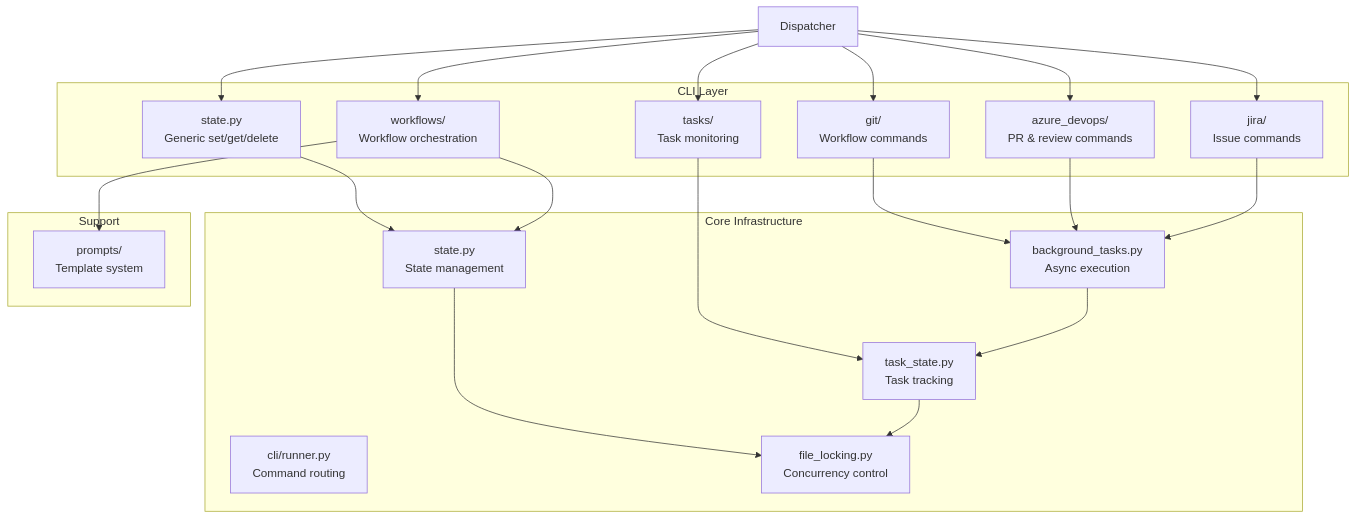
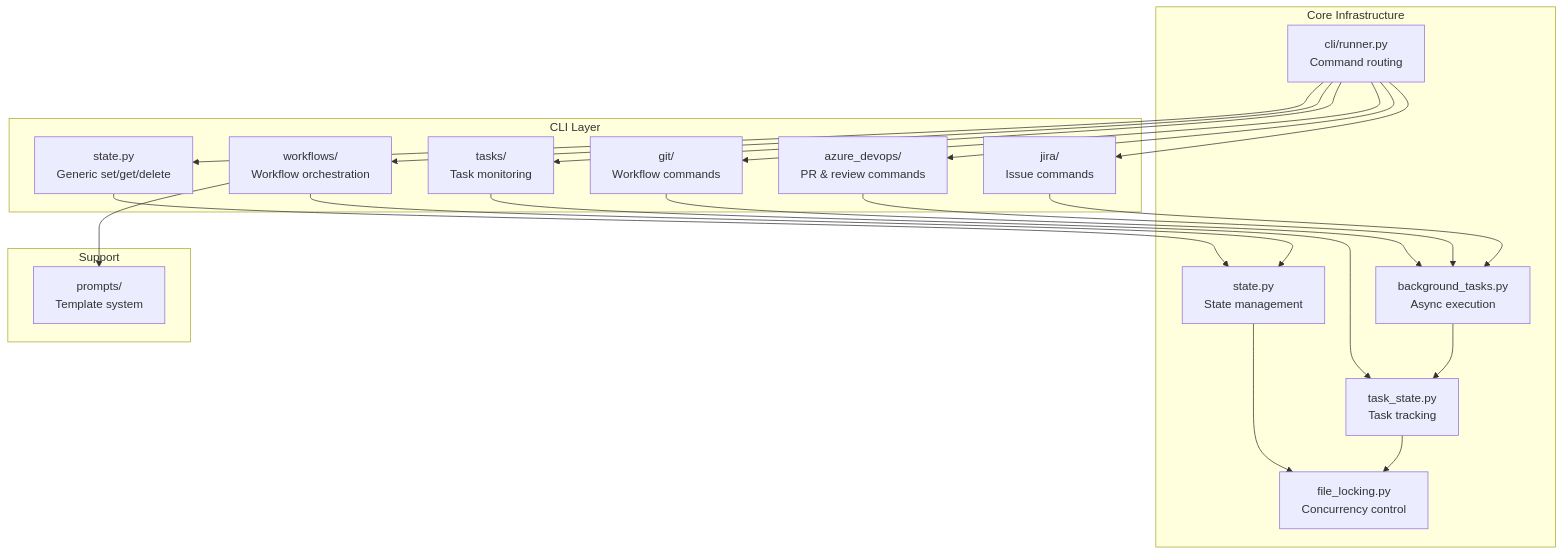
The second of 12 diagrams in docs/05-building-blocks.md (ayaiayorg/agentic-devtools), drawn with Mermaid before and after one commit. The commit also changed other lines of this file and 8 other files, not shown here.

Commit message:
Address PR review comments: fix Mermaid diagram, KeyboardInterrupt handling, misleading message, coverage refs, copilot-instructions

````diff
--- a/docs/05-building-blocks.md
+++ b/docs/05-building-blocks.md
@@ -24,42 +24,42 @@
 ```mermaid
 graph TB
     subgraph "CLI Layer"
         StateCmd[state.py<br/>Generic set/get/delete]
         GitCmd[git/<br/>Workflow commands]
         ADOCmd[azure_devops/<br/>PR & review commands]
         JiraCmd[jira/<br/>Issue commands]
         TaskCmd[tasks/<br/>Task monitoring]
         WorkflowCmd[workflows/<br/>Workflow orchestration]
     end
     
     subgraph "Core Infrastructure"
         Runner[cli/runner.py<br/>Command routing]
         State[state.py<br/>State management]
         BG[background_tasks.py<br/>Async execution]
         TaskState[task_state.py<br/>Task tracking]
         Lock[file_locking.py<br/>Concurrency control]
     end
     
     subgraph "Support"
         Prompts[prompts/<br/>Template system]
     end
     
     StateCmd --> State
     GitCmd --> BG
     ADOCmd --> BG
     JiraCmd --> BG
     TaskCmd --> TaskState
     WorkflowCmd --> State
     
     State --> Lock
     BG --> TaskState
     TaskState --> Lock
     WorkflowCmd --> Prompts
     
-    Dispatcher --> StateCmd
-    Dispatcher --> GitCmd
-    Dispatcher --> ADOCmd
-    Dispatcher --> JiraCmd
-    Dispatcher --> TaskCmd
-    Dispatcher --> WorkflowCmd
+    Runner --> StateCmd
+    Runner --> GitCmd
+    Runner --> ADOCmd
+    Runner --> JiraCmd
+    Runner --> TaskCmd
+    Runner --> WorkflowCmd
 ```
````
